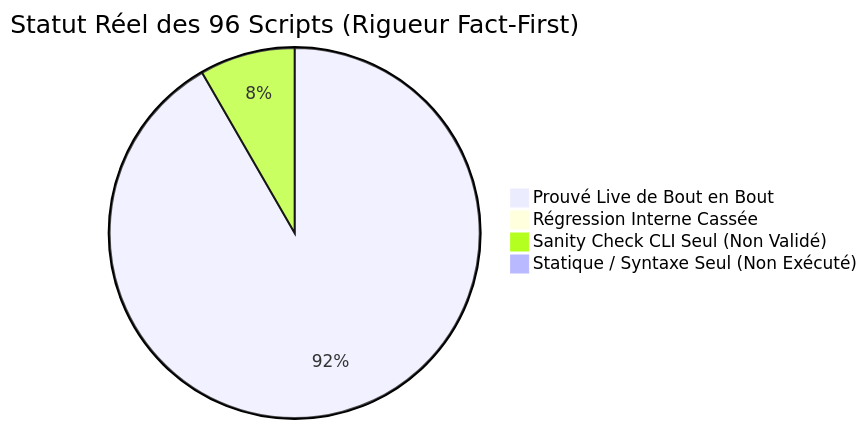
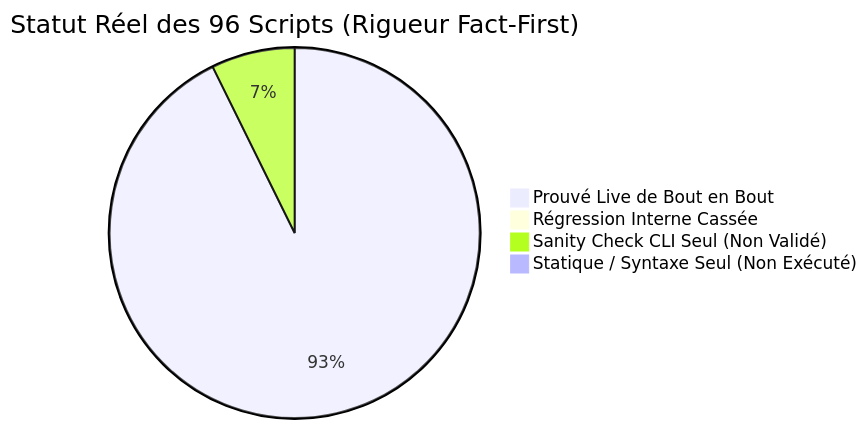
Before and after one commit to yoyonel/pydbsrt: the diagram in docs/reference/2026-11-10-audit-exhaustif-scripts-regressions.md, drawn with Mermaid. The commit also changed other lines of this file and 3 other files, not shown here.

````diff
--- a/docs/reference/2026-11-10-audit-exhaustif-scripts-regressions.md
+++ b/docs/reference/2026-11-10-audit-exhaustif-scripts-regressions.md
@@ -16,7 +16,7 @@
 ```mermaid
 pie title Statut Réel des 96 Scripts (Rigueur Fact-First)
-    "Prouvé Live de Bout en Bout" : 88
+    "Prouvé Live de Bout en Bout" : 89
     "Régression Interne Cassée" : 0
-    "Sanity Check CLI Seul (Non Validé)" : 8
+    "Sanity Check CLI Seul (Non Validé)" : 7
     "Statique / Syntaxe Seul (Non Exécuté)" : 0
 ```
````
